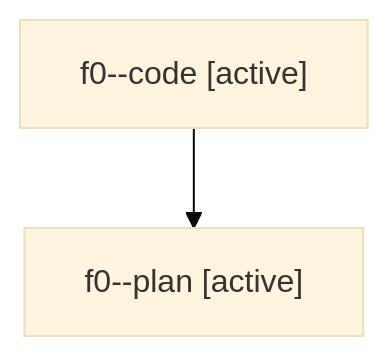
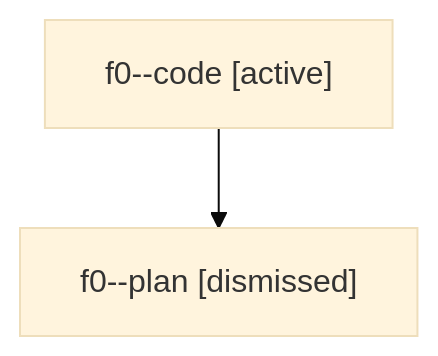
The diagram in sessions/bbugyi200.athena.f0.md (sase-org/sase--agents), drawn with Mermaid (base theme) before and after one commit. The commit also changed other lines of this file and 30 other files, not shown here.

````diff
--- a/sessions/bbugyi200.athena.f0.md
+++ b/sessions/bbugyi200.athena.f0.md
@@ -9,6 +9,6 @@
 ```mermaid
 flowchart TD
   n0["f0--code [active]"]
-  n1["f0--plan [active]"]
+  n1["f0--plan [dismissed]"]
   n0 --> n1
 ```
````
